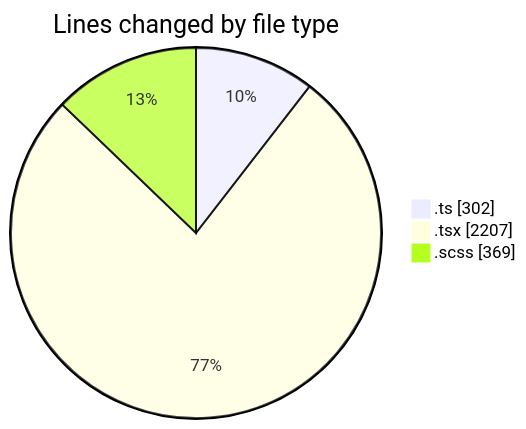
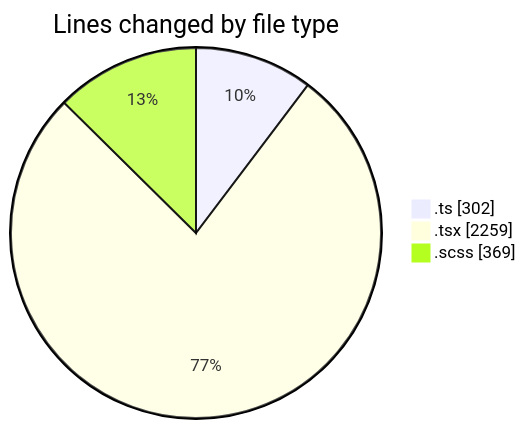
One commit to momahboobian/code-tracking changed the first of 2 diagrams in 2025-05-01/cda/README.md. Above: the diagram before and after it, drawn with Mermaid. The commit also changed other lines of this file and 1 other file, not shown here.

````diff
--- a/2025-05-01/cda/README.md
+++ b/2025-05-01/cda/README.md
@@ -36,7 +36,7 @@
 ```mermaid
 pie showData
 title Lines changed by file type
 ".ts" : 302
-".tsx" : 2207
+".tsx" : 2259
 ".scss" : 369
 ```
````
